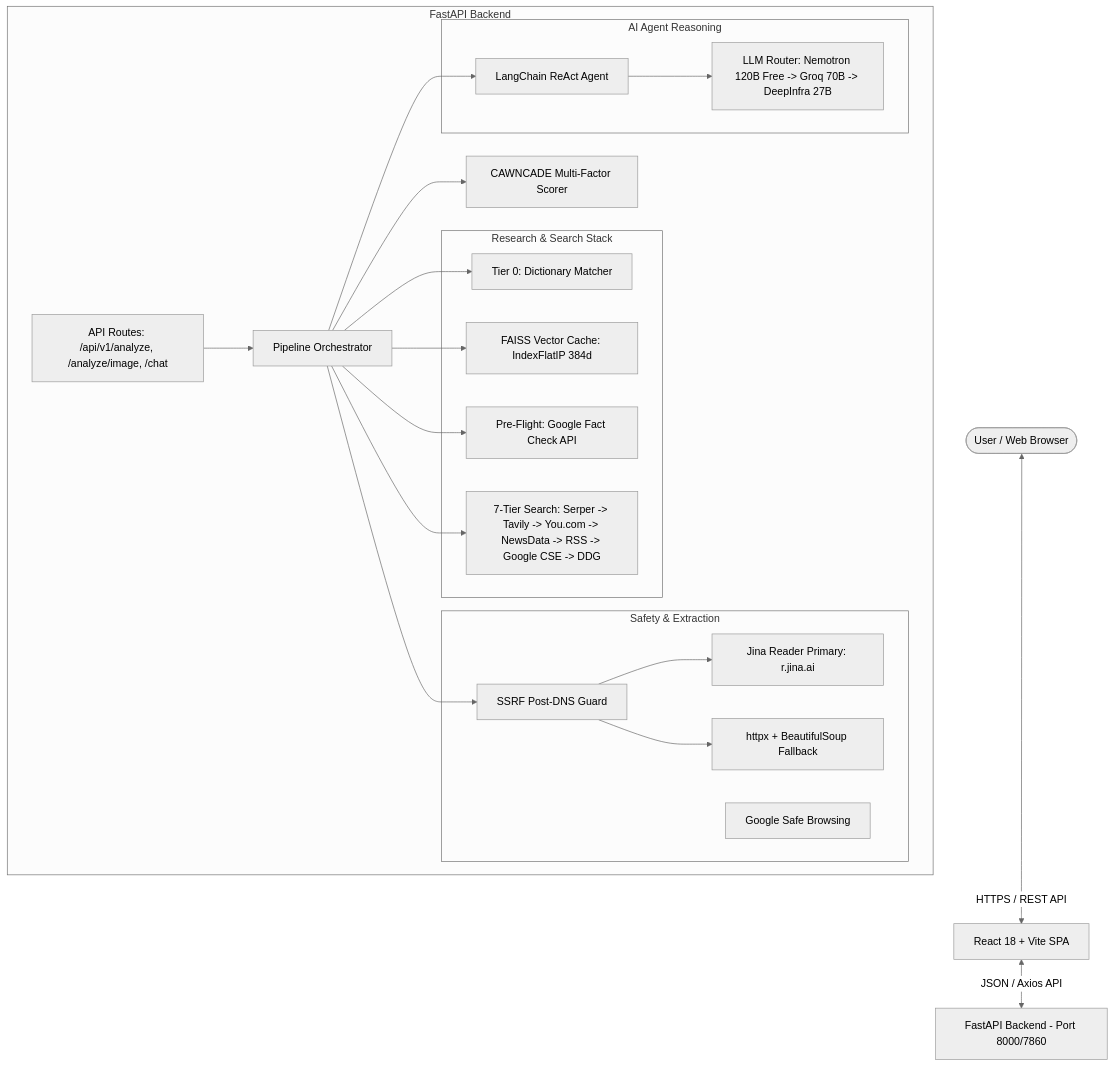
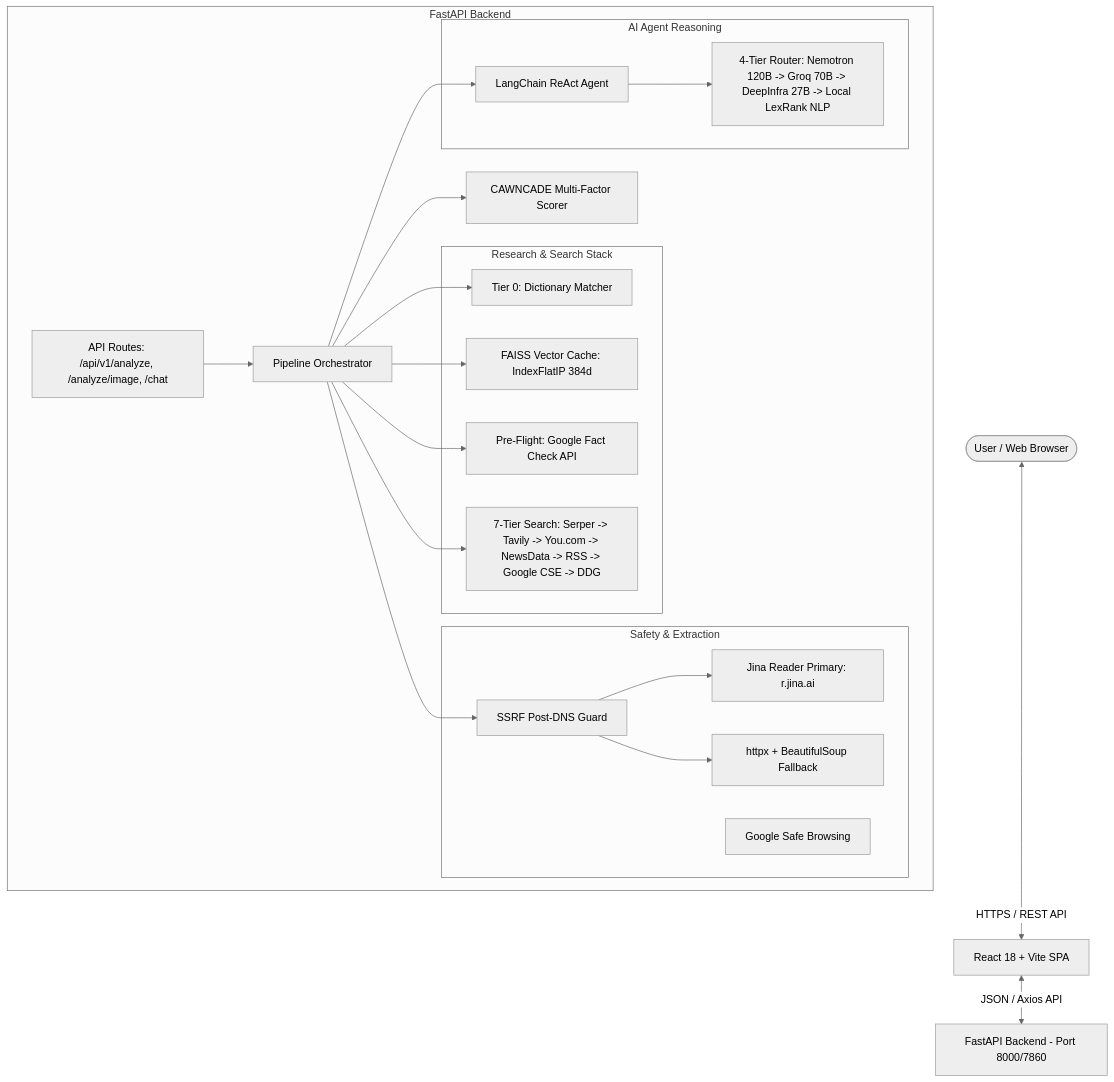
The first of 4 diagrams in docs/ARCHITECTURE.md (Nawaz-khan-droid/cawncade-ai), drawn with Mermaid (neutral theme) before and after one commit. The commit also changed other lines of this file and 2 other files, not shown here.

Commit message:
Production Upgrade: Multi-Tier Failover Cascade and Tier 0 Text Matcher

````diff
--- a/docs/ARCHITECTURE.md
+++ b/docs/ARCHITECTURE.md
@@ -53,43 +54,43 @@
 ```mermaid
 flowchart TD
     User([User / Web Browser]) <-->|HTTPS / REST API| Frontend[React 18 + Vite SPA]
     Frontend <-->|JSON / Axios API| Backend[FastAPI Backend - Port 8000/7860]
     
     subgraph FastAPI Backend
         Routes[API Routes: /api/v1/analyze, /analyze/image, /chat]
         Orchestrator[Pipeline Orchestrator]
         
         subgraph Safety & Extraction
             SSRF[SSRF Post-DNS Guard]
             SafeBrowse[Google Safe Browsing]
             Jina[Jina Reader Primary: r.jina.ai]
             BS4[httpx + BeautifulSoup Fallback]
         end
         
         subgraph Research & Search Stack
             Tier0[Tier 0: Dictionary Matcher]
             TierCache[FAISS Vector Cache: IndexFlatIP 384d]
             FactCheck[Pre-Flight: Google Fact Check API]
             SearchTiers[7-Tier Search: Serper -> Tavily -> You.com -> NewsData -> RSS -> Google CSE -> DDG]
         end
         
         subgraph AI Agent Reasoning
             Agent[LangChain ReAct Agent]
-            LLMRouter[LLM Router: Nemotron 120B Free -> Groq 70B -> DeepInfra 27B]
+            LLMRouter[4-Tier Router: Nemotron 120B -> Groq 70B -> DeepInfra 27B -> Local LexRank NLP]
         end
         
         Scorer[CAWNCADE Multi-Factor Scorer]
     end
     
     Routes --> Orchestrator
     Orchestrator --> SSRF
     SSRF --> Jina
     SSRF --> BS4
     Orchestrator --> Tier0
     Orchestrator --> TierCache
     Orchestrator --> FactCheck
     Orchestrator --> SearchTiers
     Orchestrator --> Agent
     Agent --> LLMRouter
     Orchestrator --> Scorer
 ```
````
